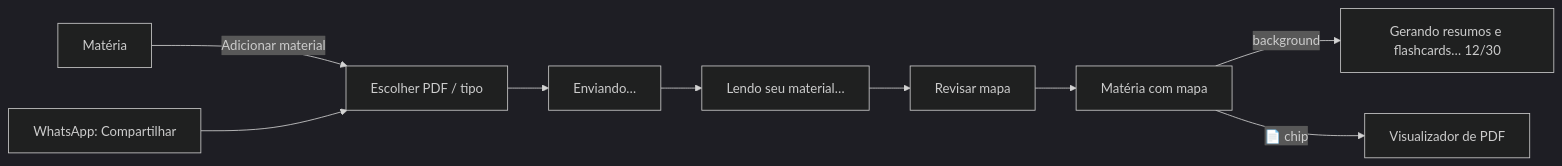
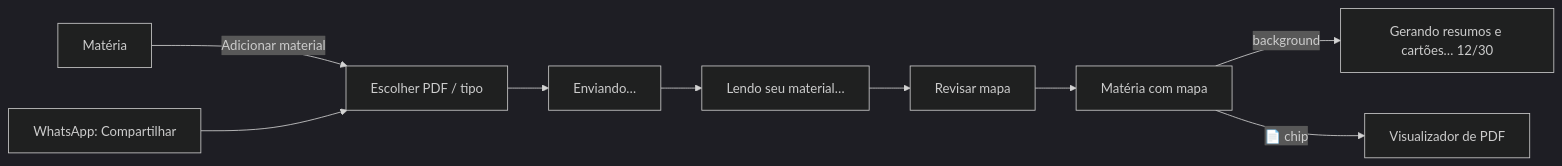
One commit to mariajunqueiramirandas-cpu/Studify changed the first of 2 diagrams in docs/specs/01-ingestion-knowledge-map.md. Above: the diagram before and after it, drawn with Mermaid (dark theme). The commit also changed other lines of this file and 23 other files, not shown here.

````diff
--- a/docs/specs/01-ingestion-knowledge-map.md
+++ b/docs/specs/01-ingestion-knowledge-map.md
@@ -169,11 +169,11 @@
 ```mermaid
 flowchart LR
   A[Matéria] -->|Adicionar material| B[Escolher PDF / tipo]
   WA[WhatsApp: Compartilhar] --> B
   B --> C[Enviando…]
   C --> D[Lendo seu material…]
   D --> E[Revisar mapa]
   E --> F[Matéria com mapa]
-  F -->|background| G[Gerando resumos e flashcards… 12/30]
+  F -->|background| G[Gerando resumos e cartões… 12/30]
   F -->|📄 chip| V[Visualizador de PDF]
 ```
````
